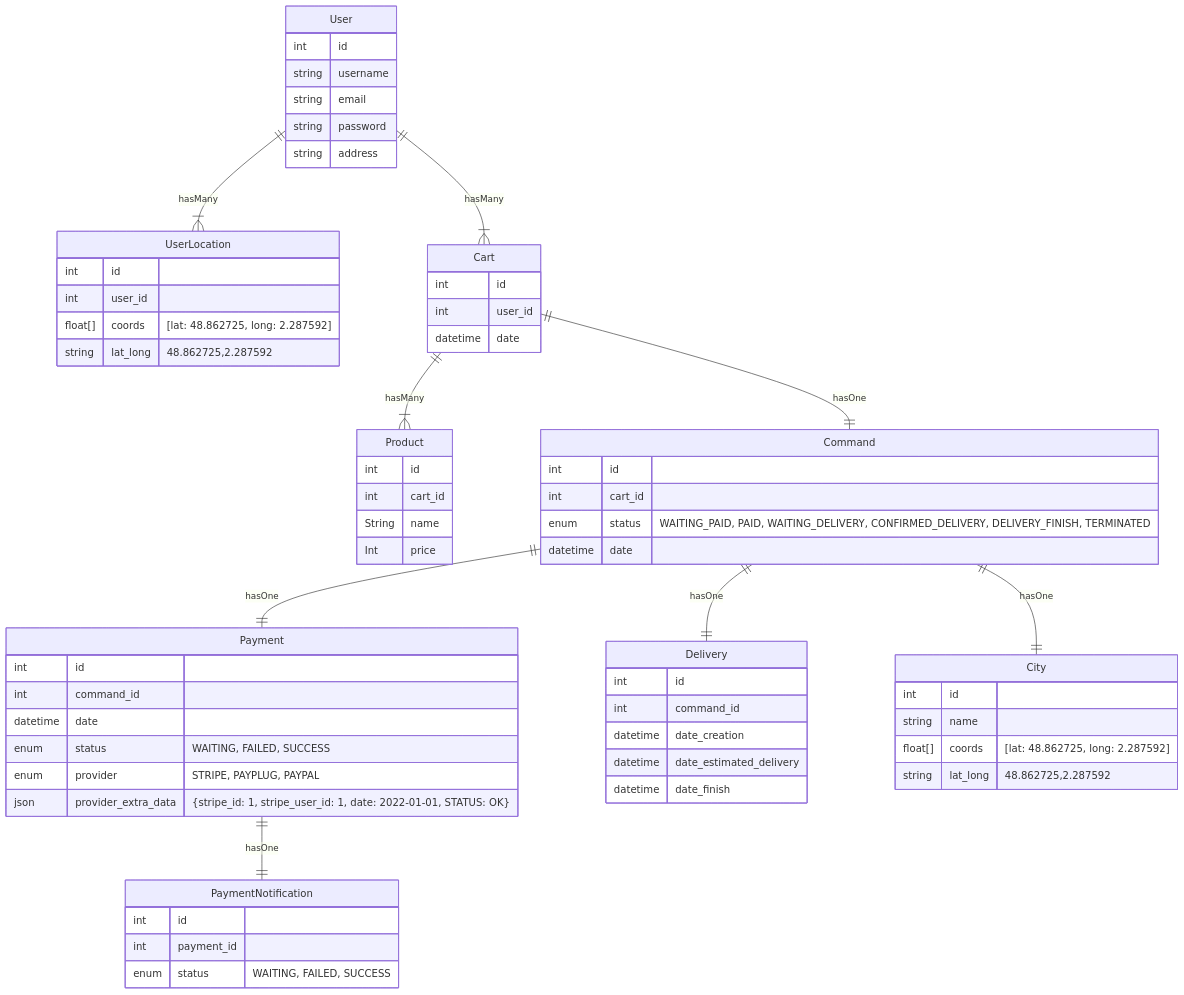
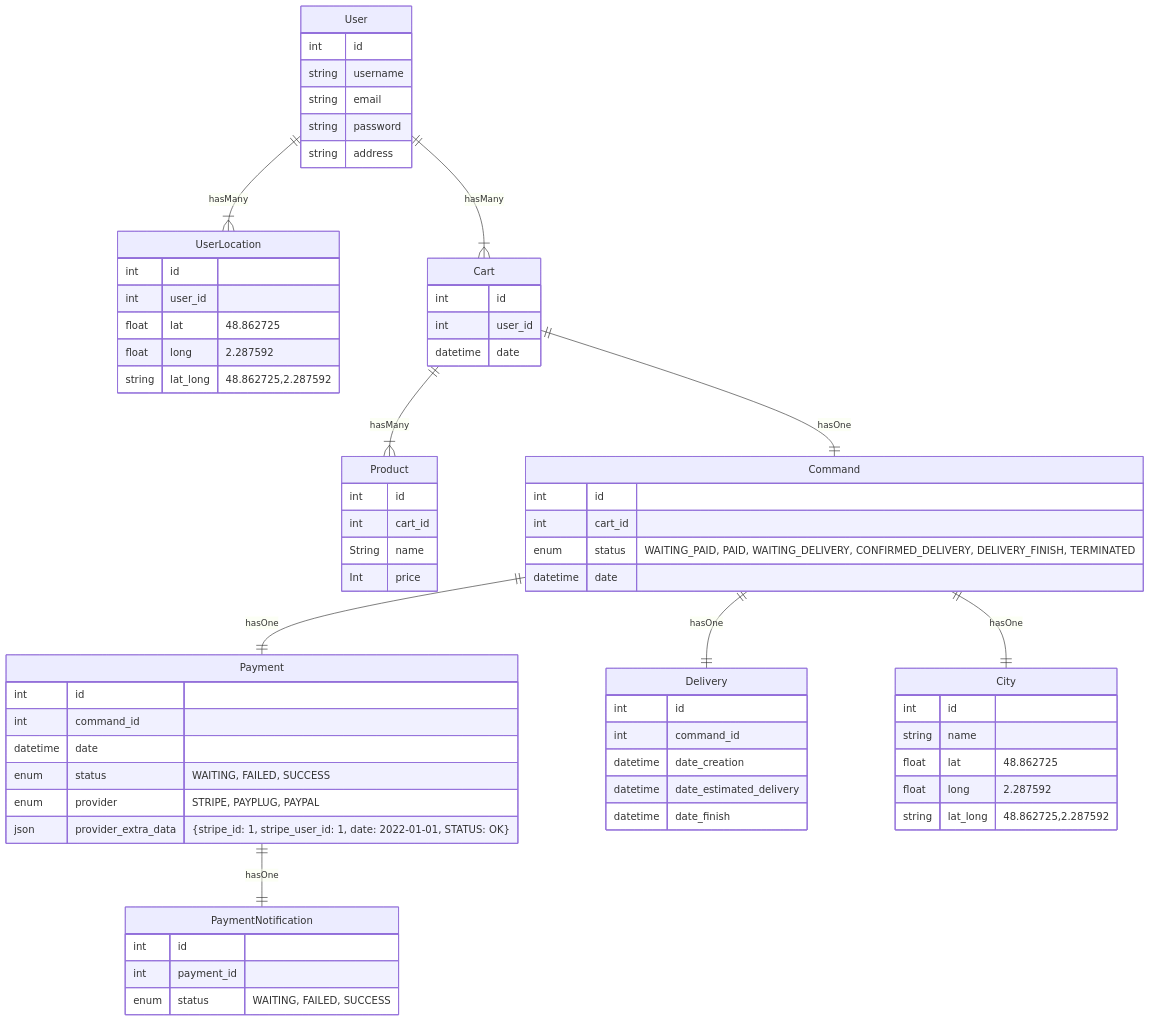
One commit to joussin/api_allopico_old changed the first of 6 diagrams in readme.md. Above: the diagram before and after it, drawn with Mermaid.

```diff
--- a/readme.md
+++ b/readme.md
@@ -43,14 +43,16 @@
     City {
         int id
         string name
-        float[] coords "[lat: 48.862725, long: 2.287592]"
+	float lat "48.862725"
+	float long "2.287592"
 	string lat_long "48.862725,2.287592"
     }
         
     UserLocation {
         int id
         int user_id
-        float[] coords "[lat: 48.862725, long: 2.287592]"
+	float lat "48.862725"
+	float long "2.287592"
 	string lat_long "48.862725,2.287592"
     }
     
```
